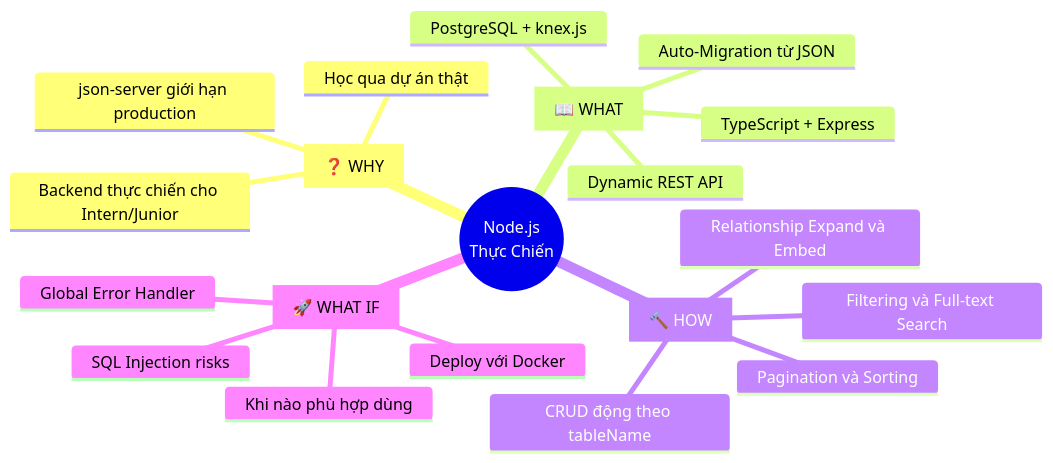
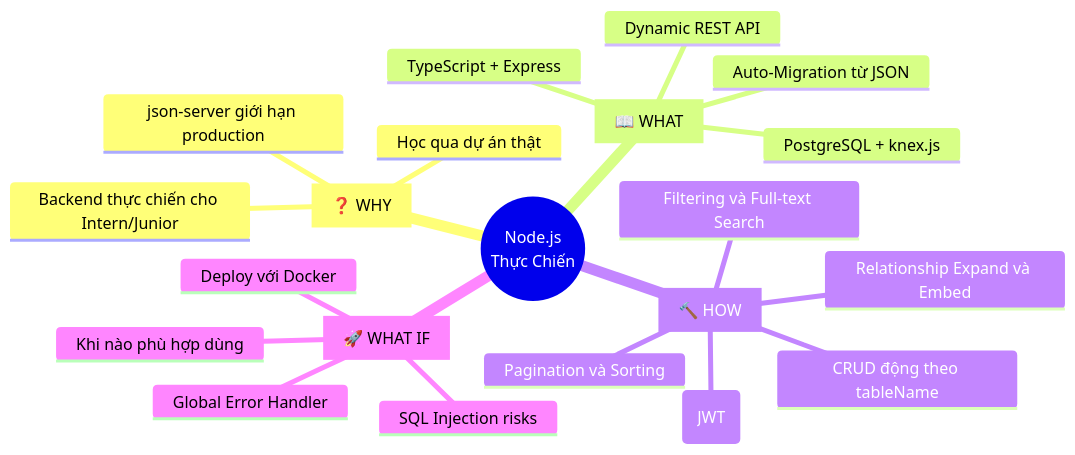
One commit to vuanhtu1993/vuanhtu1993.github.io changed the fourth of 4 diagrams in docs/nodejs/index.md. Above: the diagram before and after it, drawn with Mermaid. The commit also changed other lines of this file and 9 other files, not shown here.

````diff
--- a/docs/nodejs/index.md
+++ b/docs/nodejs/index.md
@@ -248,23 +251,24 @@
 ```mermaid
 mindmap
   root((Node.js<br>Thực Chiến))
     WHY["❓ WHY"]
       json-server giới hạn production
       Học qua dự án thật
       Backend thực chiến cho Intern/Junior
     WHAT["📖 WHAT"]
       Dynamic REST API
       TypeScript + Express
       PostgreSQL + knex.js
       Auto-Migration từ JSON
     HOW["🔨 HOW"]
       CRUD động theo tableName
       Pagination và Sorting
       Filtering và Full-text Search
       Relationship Expand và Embed
+      AuthN và AuthZ (JWT)
     WHATIF["🚀 WHAT IF"]
       Khi nào phù hợp dùng
       SQL Injection risks
       Global Error Handler
       Deploy với Docker
 ```
````
